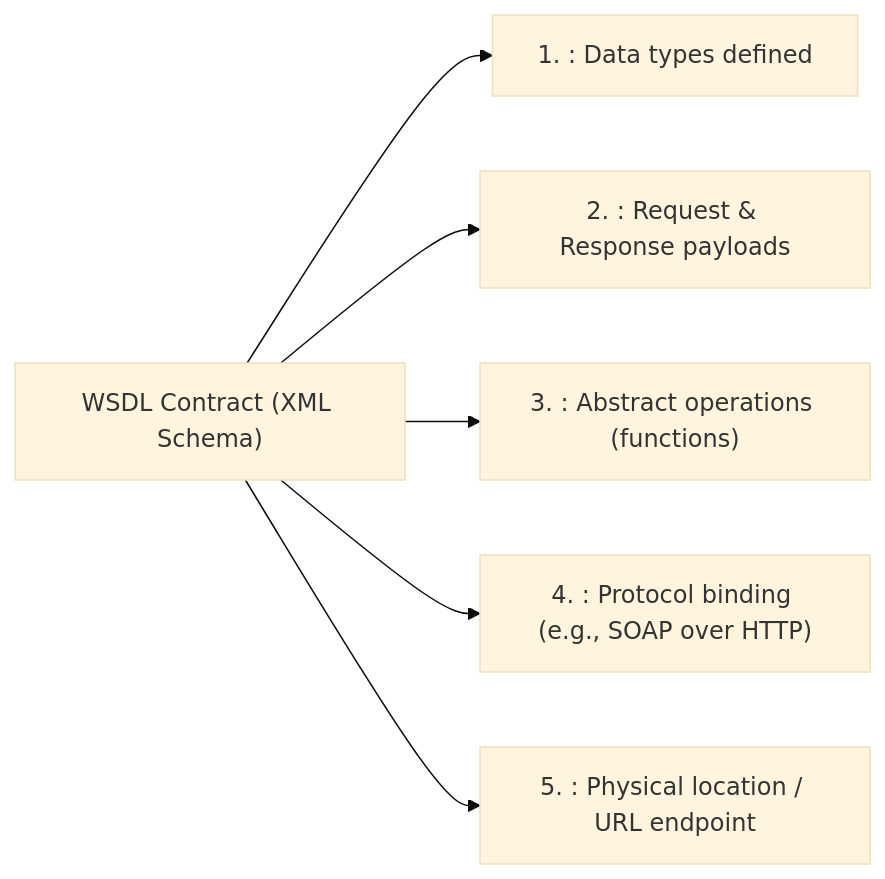
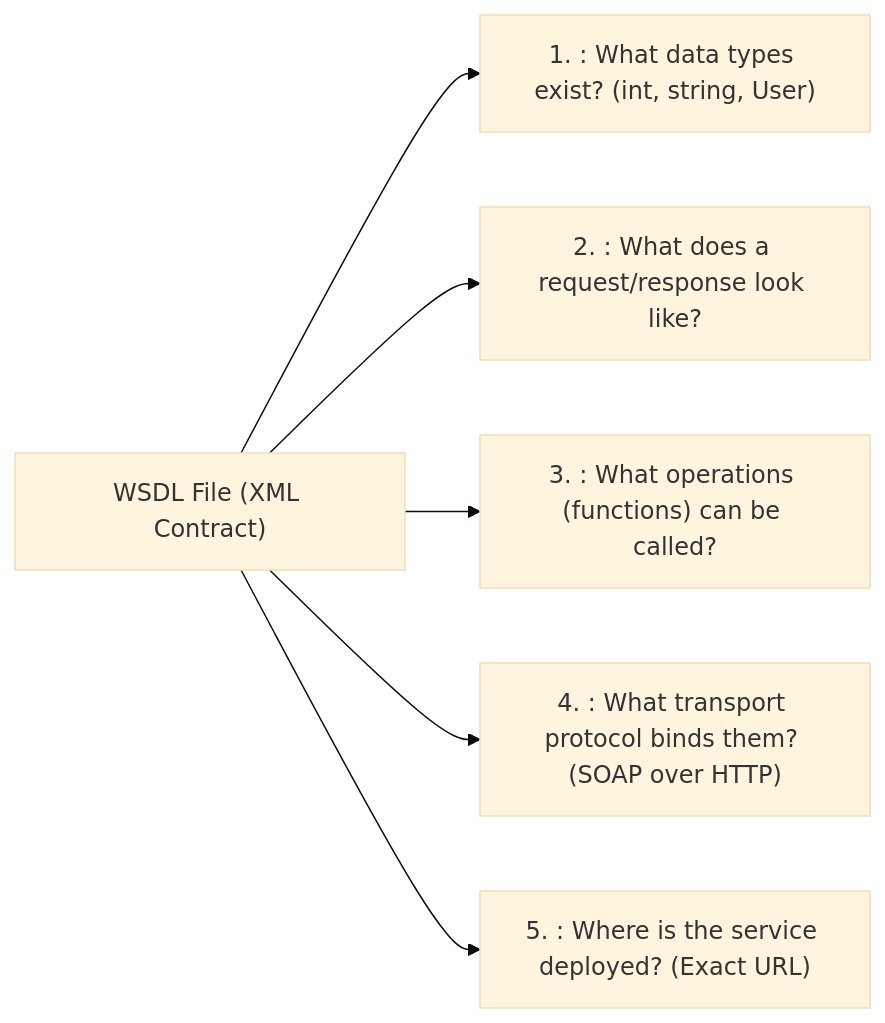
Before and after one commit to Tamjid-R/Obsidian-Vault--4th-sem: the fifth of 8 diagrams in IUT/Human/University/5th Sem/Server Programming/Server Programming Notes.md, drawn with Mermaid (base theme). The commit also changed other lines of this file and 1 other file, not shown here.

````diff
--- a/IUT/Human/University/5th Sem/Server Programming/Server Programming Notes.md
+++ b/IUT/Human/University/5th Sem/Server Programming/Server Programming Notes.md
@@ -410,9 +428,9 @@
 ```mermaid
 flowchart LR
-    WSDL["WSDL Contract (XML Schema)"]
-    WSDL --> T["1. <types>: Data types defined"]
-    WSDL --> M["2. <message>: Request & Response payloads"]
-    WSDL --> P["3. <portType>: Abstract operations (functions)"]
-    WSDL --> B["4. <binding>: Protocol binding (e.g., SOAP over HTTP)"]
-    WSDL --> S["5. <service>: Physical location / URL endpoint"]
+    WSDL["WSDL File (XML Contract)"]
+    WSDL --> T["1. <types>: What data types exist? (int, string, User)"]
+    WSDL --> M["2. <message>: What does a request/response look like?"]
+    WSDL --> P["3. <portType>: What operations (functions) can be called?"]
+    WSDL --> B["4. <binding>: What transport protocol binds them? (SOAP over HTTP)"]
+    WSDL --> S["5. <service>: Where is the service deployed? (Exact URL)"]
 ```
````
